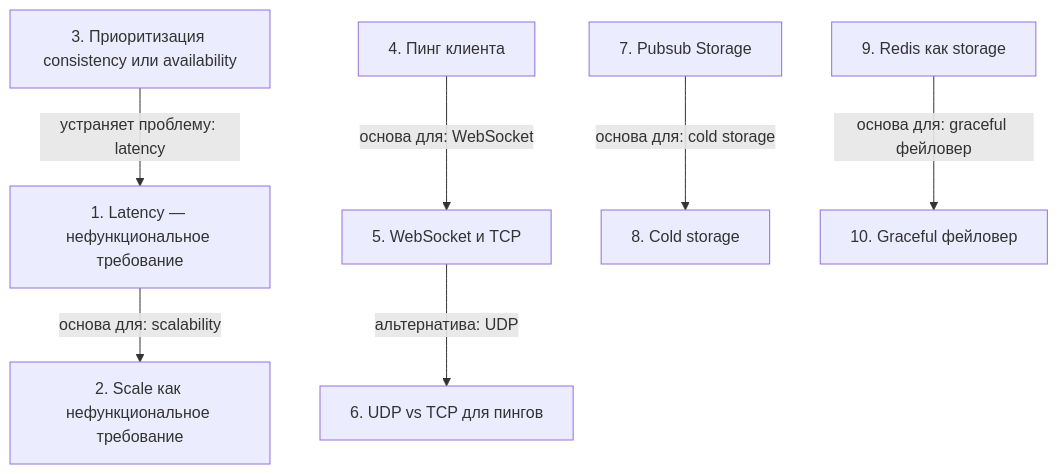
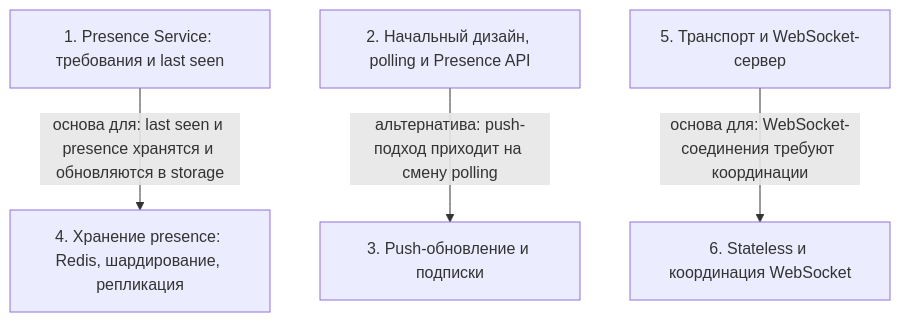
The diagram in SSL.BAND Систем Дизайн/08 - Как пройти system design интервью (от Andrii Bui) — third_video/notes.md (AsoloCode/notes), drawn with Mermaid before and after one commit. The commit also changed other lines of this file and 391 other files, not shown here.

````diff
--- a/SSL.BAND Систем Дизайн/08 - Как пройти system design интервью (от Andrii Bui) — third_video/notes.md
+++ b/SSL.BAND Систем Дизайн/08 - Как пройти system design интервью (от Andrii Bui) — third_video/notes.md
@@ -108,19 +121,12 @@
 ```mermaid
 flowchart TD
-    n1["1. Latency — нефункциональное требование"]
-    n2["2. Scale как нефункциональное требование"]
-    n3["3. Приоритизация consistency или availability"]
-    n4["4. Пинг клиента"]
-    n5["5. WebSocket и TCP"]
-    n6["6. UDP vs TCP для пингов"]
-    n7["7. Pubsub Storage"]
-    n8["8. Cold storage"]
-    n9["9. Redis как storage"]
-    n10["10. Graceful фейловер"]
-    n1 -->|основа для: scalability| n2
-    n3 -->|устраняет проблему: latency| n1
-    n4 -->|основа для: WebSocket| n5
-    n5 -->|альтернатива: UDP| n6
-    n7 -->|основа для: cold storage| n8
-    n9 -->|основа для: graceful фейловер| n10
+    n1["1. Presence Service: требования и last seen"]
+    n2["2. Начальный дизайн, polling и Presence API"]
+    n3["3. Push-обновление и подписки"]
+    n4["4. Хранение presence: Redis, шардирование, репликация"]
+    n5["5. Транспорт и WebSocket-сервер"]
+    n6["6. Stateless и координация WebSocket"]
+    n1 -->|основа для: last seen и presence хранятся и обновляются в storage| n4
+    n2 -->|альтернатива: push-подход приходит на смену polling| n3
+    n5 -->|основа для: WebSocket-соединения требуют координации| n6
 ```
````
